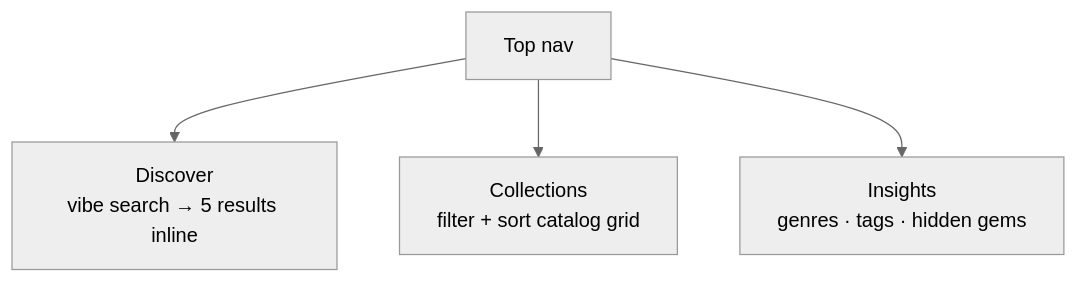
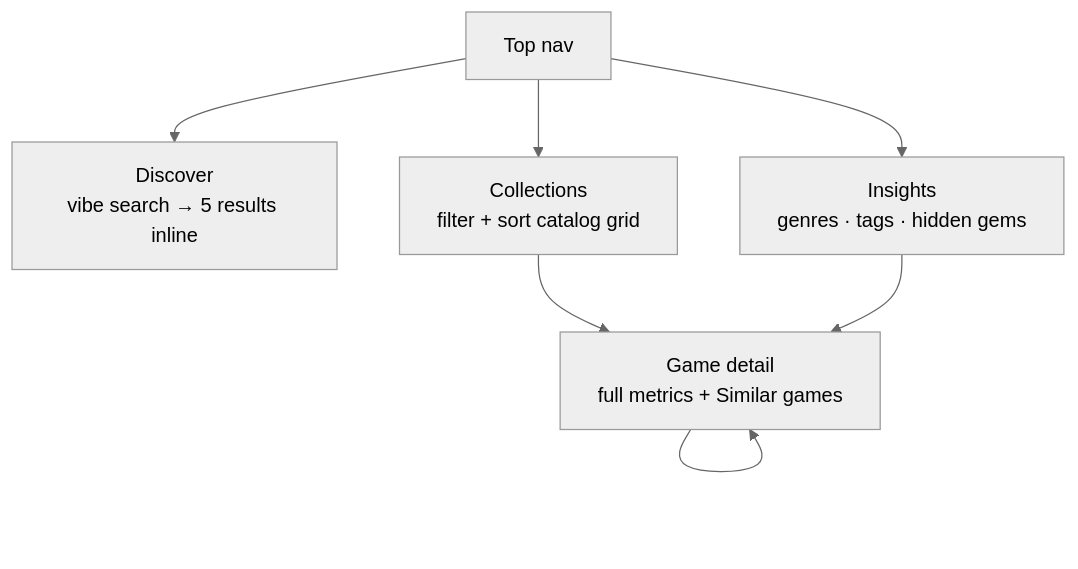
The third of 4 diagrams in docs/IMPLEMENTATION_PLAN.md (leowei31/gpve), drawn with Mermaid (neutral theme) before and after one commit. The commit also changed other lines of this file and 7 other files, not shown here.

Commit message:
feat: adding game detail and similar games

````diff
--- a/docs/IMPLEMENTATION_PLAN.md
+++ b/docs/IMPLEMENTATION_PLAN.md
@@ -102,6 +102,9 @@
 ```mermaid
 flowchart TD
     NAV[Top nav] --> D[Discover<br/>vibe search → 5 results inline]
     NAV --> C[Collections<br/>filter + sort catalog grid]
     NAV --> I[Insights<br/>genres · tags · hidden gems]
+    C --> G[Game detail<br/>full metrics + Similar games]
+    I --> G
+    G --> G
 ```
````
